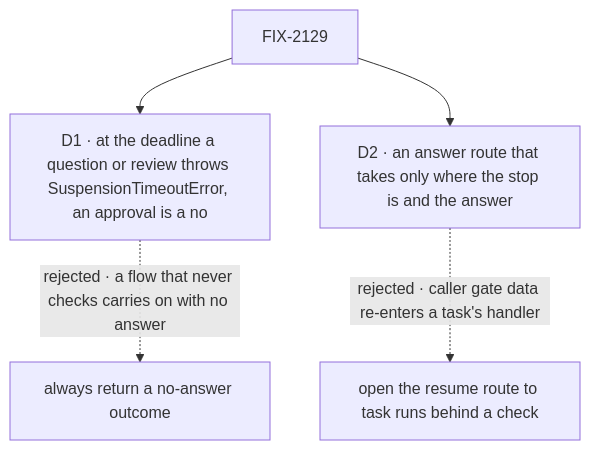
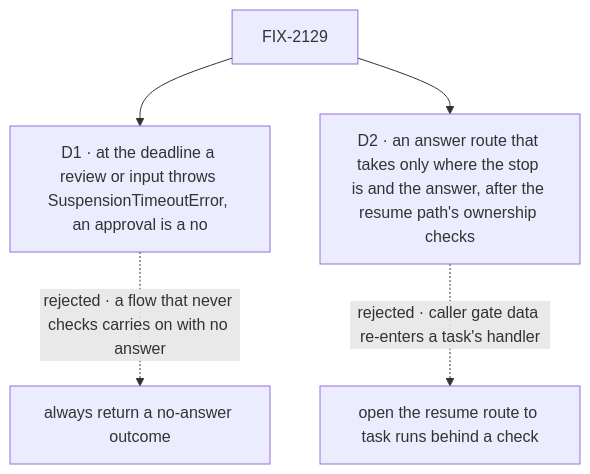
Before and after one commit to fixpoint-labs/flow-state-dev: the diagram in specs/issues/FIX-2129/DECISIONS.md, drawn with Mermaid. The commit also changed other lines of this file and 4 other files, not shown here.

First line of the commit message:
spec(FIX-2129): to the epic amendment — no question kind; answer route runs the resume path's ownership checks; a cancelled task refuses new filings

````diff
--- a/specs/issues/FIX-2129/DECISIONS.md
+++ b/specs/issues/FIX-2129/DECISIONS.md
@@ -10,7 +12,7 @@
 ```mermaid
 flowchart TD
-  I["FIX-2129"] --> D1["D1 · at the deadline a question or review throws SuspensionTimeoutError, an approval is a no"]
+  I["FIX-2129"] --> D1["D1 · at the deadline a review or input throws SuspensionTimeoutError, an approval is a no"]
   D1 -.->|"rejected · a flow that never checks carries on with no answer"| X1["always return a no-answer outcome"]
-  I --> D2["D2 · an answer route that takes only where the stop is and the answer"]
+  I --> D2["D2 · an answer route that takes only where the stop is and the answer, after the resume path's ownership checks"]
   D2 -.->|"rejected · caller gate data re-enters a task's handler"| X2["open the resume route to task runs behind a check"]
 ```
````
